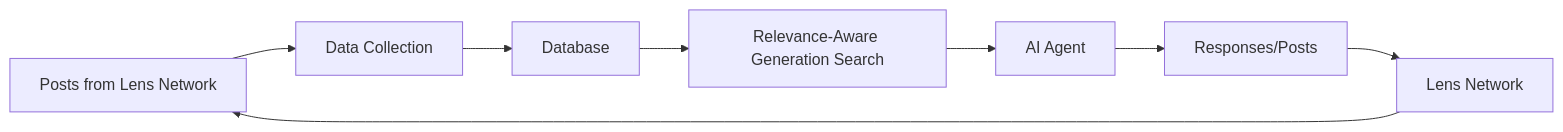
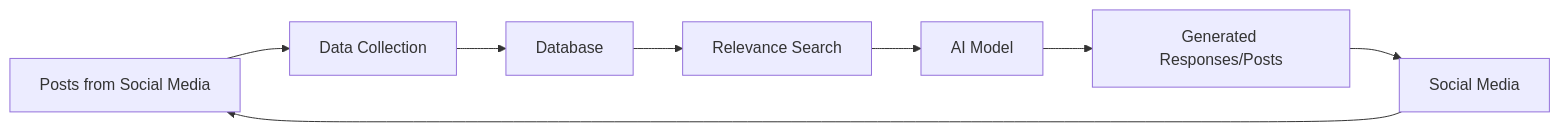
The second of 4 diagrams in README.md (shreyaspapi/holiday-hackathon), drawn with Mermaid before and after one commit. The commit also changed other lines of this file, not shown here.

````diff
--- a/README.md
+++ b/README.md
@@ -54,10 +66,10 @@
 ```mermaid
-graph LR  
-    A[Posts from Lens Network] --> B[Data Collection]  
-    B --> C[Database]  
-    C --> D[Relevance-Aware Generation Search]  
-    D --> E[AI Agent]  
-    E --> F[Responses/Posts]  
-    F --> G[Lens Network]  
+graph LR
+    A[Posts from Social Media] --> B[Data Collection]
+    B --> C[Database]
+    C --> D[Relevance Search]
+    D --> E[AI Model]
+    E --> F[Generated Responses/Posts]
+    F --> G[Social Media]
     G --> A
 ```
````
